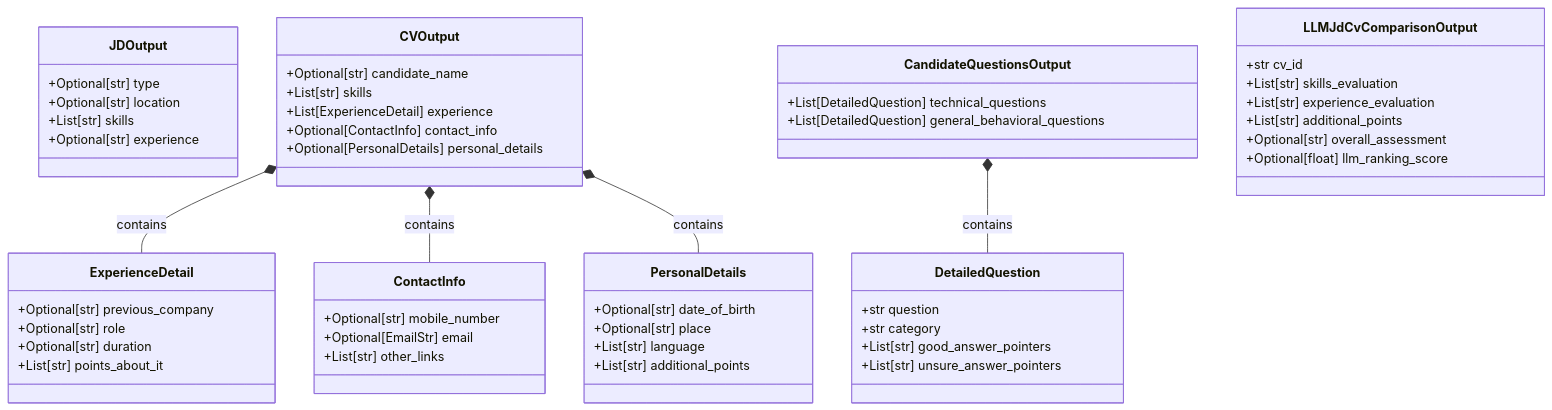
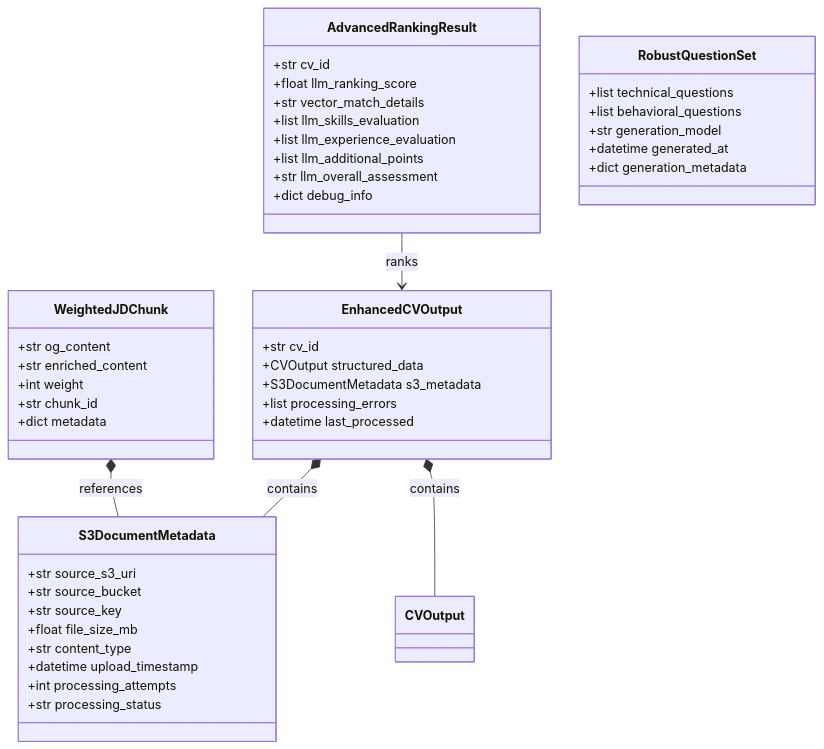
Before and after one commit to PranavAikkara/emergencyrepoSR: the eighth of 9 diagrams in design_and_architecture/architecture.md, drawn with Mermaid. The commit also changed other lines of this file and 15 other files, not shown here.

````diff
--- a/design_and_architecture/architecture.md
+++ b/design_and_architecture/architecture.md
@@ -326,63 +402,53 @@
 ```mermaid
 classDiagram
-    class JDOutput {
-        +Optional[str] type
-        +Optional[str] location
-        +List[str] skills
-        +Optional[str] experience
+    class S3DocumentMetadata {
+        +str source_s3_uri
+        +str source_bucket
+        +str source_key
+        +float file_size_mb
+        +str content_type
+        +datetime upload_timestamp
+        +int processing_attempts
+        +str processing_status
     }
     
-    class ExperienceDetail {
-        +Optional[str] previous_company
-        +Optional[str] role
-        +Optional[str] duration
-        +List[str] points_about_it
+    class WeightedJDChunk {
+        +str og_content
+        +str enriched_content
+        +int weight
+        +str chunk_id
+        +dict metadata
     }
     
-    class ContactInfo {
-        +Optional[str] mobile_number
-        +Optional[EmailStr] email
-        +List[str] other_links
+    class EnhancedCVOutput {
+        +str cv_id
+        +CVOutput structured_data
+        +S3DocumentMetadata s3_metadata
+        +list processing_errors
+        +datetime last_processed
     }
     
-    class PersonalDetails {
-        +Optional[str] date_of_birth
-        +Optional[str] place
-        +List[str] language
-        +List[str] additional_points
+    class AdvancedRankingResult {
+        +str cv_id
+        +float llm_ranking_score
+        +str vector_match_details
+        +list llm_skills_evaluation
+        +list llm_experience_evaluation
+        +list llm_additional_points
+        +str llm_overall_assessment
+        +dict debug_info
     }
     
-    class CVOutput {
-        +Optional[str] candidate_name
-        +List[str] skills
-        +List[ExperienceDetail] experience
-        +Optional[ContactInfo] contact_info
-        +Optional[PersonalDetails] personal_details
+    class RobustQuestionSet {
+        +list technical_questions
+        +list behavioral_questions
+        +str generation_model
+        +datetime generated_at
+        +dict generation_metadata
     }
     
-    class DetailedQuestion {
-        +str question
-        +str category
-        +List[str] good_answer_pointers
-        +List[str] unsure_answer_pointers
-    }
-    
-    class CandidateQuestionsOutput {
-        +List[DetailedQuestion] technical_questions
-        +List[DetailedQuestion] general_behavioral_questions
-    }
-    
-    class LLMJdCvComparisonOutput {
-        +str cv_id
-        +List[str] skills_evaluation
-        +List[str] experience_evaluation
-        +List[str] additional_points
-        +Optional[str] overall_assessment
-        +Optional[float] llm_ranking_score
-    }
-    
-    CVOutput *-- ExperienceDetail : contains
-    CVOutput *-- ContactInfo : contains
-    CVOutput *-- PersonalDetails : contains
-    CandidateQuestionsOutput *-- DetailedQuestion : contains
+    EnhancedCVOutput *-- S3DocumentMetadata : contains
+    EnhancedCVOutput *-- CVOutput : contains
+    WeightedJDChunk *-- S3DocumentMetadata : references
+    AdvancedRankingResult --> EnhancedCVOutput : ranks
 ```
````
